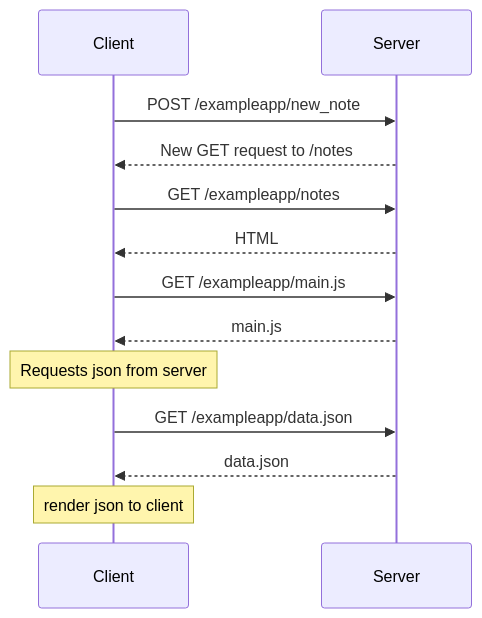
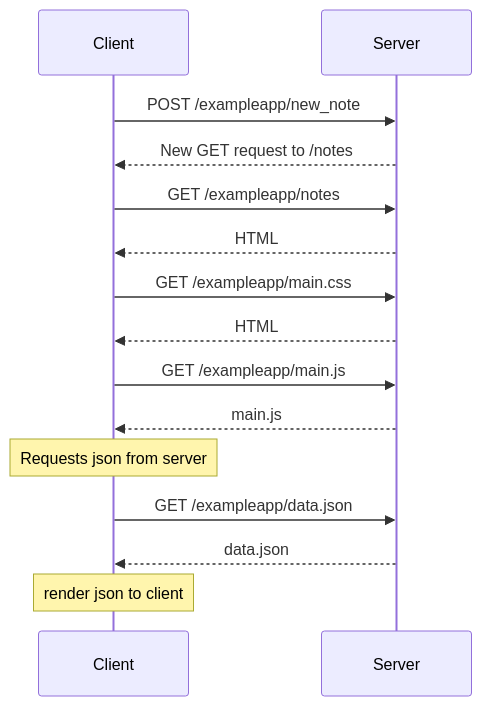
Before and after one commit to migui3230/fullStackOpenSubmissions: the diagram in part0/0.4_new_note.md, drawn with Mermaid. The commit also changed 1 other file, not shown here.

Commit message:
update exercise 0.4 and 0.5

````diff
--- a/part0/0.4_new_note.md
+++ b/part0/0.4_new_note.md
@@ -1,14 +1,16 @@
 ```mermaid
     sequenceDiagram
     Client ->>Server: POST /exampleapp/new_note
     Server -->>Client: New GET request to /notes
     Client ->>Server: GET /exampleapp/notes
+    Server -->>Client: HTML
+    Client ->>Server: GET /exampleapp/main.css
     Server -->>Client: HTML
     Client ->>Server: GET /exampleapp/main.js
     Server -->>Client: main.js
     Note over Client: Requests json from server
     Client ->>Server: GET /exampleapp/data.json
     Server -->>Client: data.json
     Note over Client: render json to client
 
 ```
````
